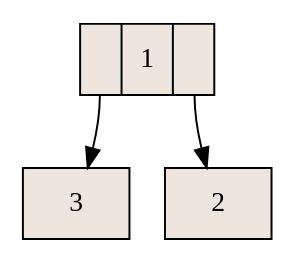
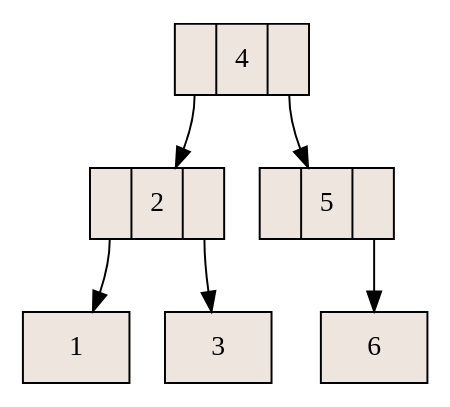
The diagram in aux_grafico.dot (antonybotello/Estructuras-de-Datos), drawn with Graphviz before and after one commit. The commit also changed 6 other files, not shown here.

```diff
--- a/aux_grafico.dot
+++ b/aux_grafico.dot
@@ -1,9 +1,15 @@
 digraph grafica {
 rankdir=TB;
 node [shape = record, style=filled, fillcolor=seashell2];
-nodo1 [label ="<C0>|1|<C1>"];
+nodo4 [label ="<C0>|4|<C1>"];
+nodo2 [label ="<C0>|2|<C1>"];
+nodo1 [label ="1"];
+nodo2:C0->nodo1;
 nodo3 [label ="3"];
-nodo1:C0->nodo3;
-nodo2 [label ="2"];
-nodo1:C1->nodo2;
+nodo2:C1->nodo3;
+nodo4:C0->nodo2;
+nodo5 [label ="<C0>|5|<C1>"];
+nodo6 [label ="6"];
+nodo5:C1->nodo6;
+nodo4:C1->nodo5;
 }
```
